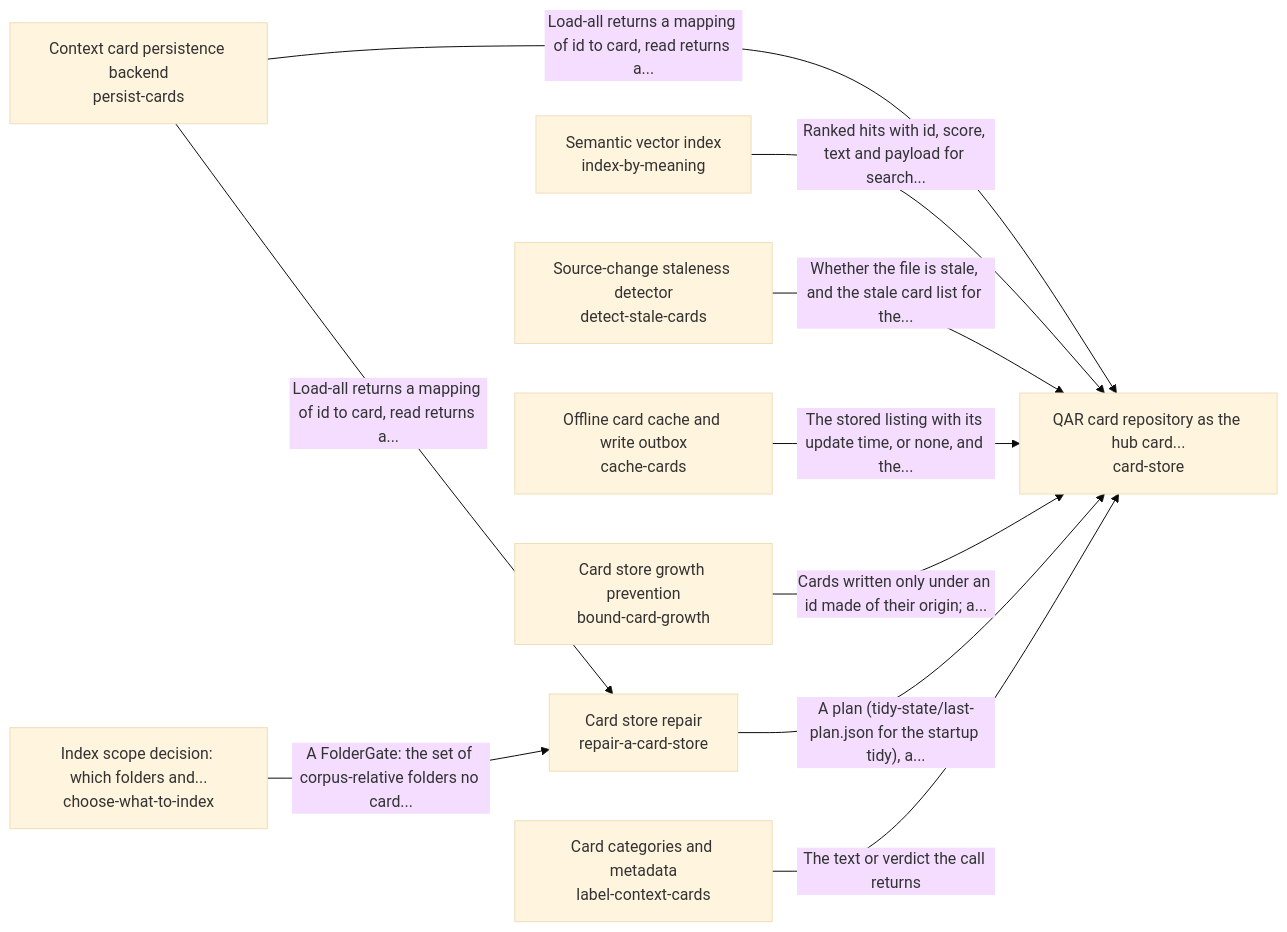
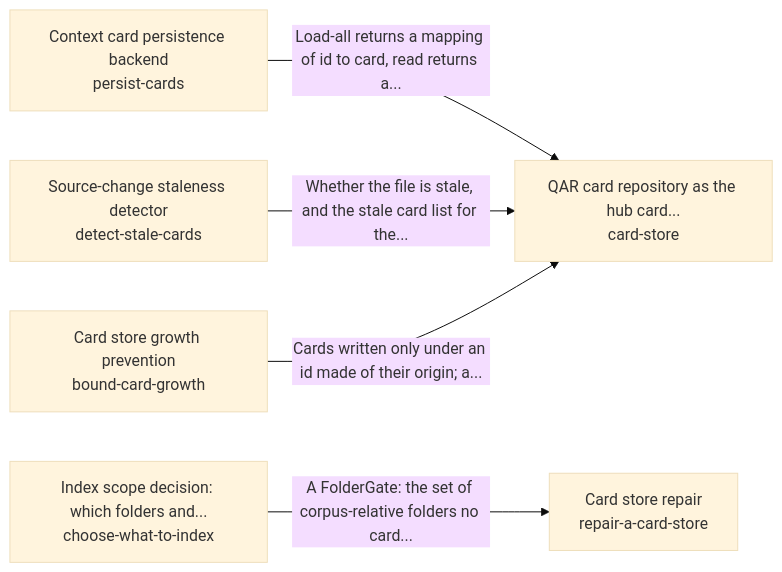
Before and after one commit to SpiritualData/quest-ai-runner: the diagram in quest_ai_runner/remember_and_recall/README.md, drawn with Mermaid (base theme). The commit also changed other lines of this file and 22 other files, not shown here.

````diff
--- a/quest_ai_runner/remember_and_recall/README.md
+++ b/quest_ai_runner/remember_and_recall/README.md
@@ -17,21 +17,13 @@
 ```mermaid
 flowchart LR
     s0["Context card persistence backend<br/>persist-cards"]
-    s1["Semantic vector index<br/>index-by-meaning"]
-    s2["Source-change staleness detector<br/>detect-stale-cards"]
-    s3["Offline card cache and write outbox<br/>cache-cards"]
-    s4["Card store growth prevention<br/>bound-card-growth"]
-    s5["Card store repair<br/>repair-a-card-store"]
-    s6["Index scope decision: which folders and...<br/>choose-what-to-index"]
-    s7["Card categories and metadata<br/>label-context-cards"]
-    s8["QAR card repository as the hub card...<br/>card-store"]
+    s1["Source-change staleness detector<br/>detect-stale-cards"]
+    s2["Card store growth prevention<br/>bound-card-growth"]
+    s3["Card store repair<br/>repair-a-card-store"]
+    s4["Index scope decision: which folders and...<br/>choose-what-to-index"]
+    s5["QAR card repository as the hub card...<br/>card-store"]
     s0 -->|"Load-all returns a mapping of id to card, read returns a..."| s5
-    s0 -->|"Load-all returns a mapping of id to card, read returns a..."| s8
-    s1 -->|"Ranked hits with id, score, text and payload for search..."| s8
-    s2 -->|"Whether the file is stale, and the stale card list for the..."| s8
-    s3 -->|"The stored listing with its update time, or none, and the..."| s8
-    s4 -->|"Cards written only under an id made of their origin; a..."| s8
-    s5 -->|"A plan (tidy-state/last-plan.json for the startup tidy), a..."| s8
-    s6 -->|"A FolderGate: the set of corpus-relative folders no card..."| s5
-    s7 -->|"The text or verdict the call returns"| s8
+    s1 -->|"Whether the file is stale, and the stale card list for the..."| s5
+    s2 -->|"Cards written only under an id made of their origin; a..."| s5
+    s4 -->|"A FolderGate: the set of corpus-relative folders no card..."| s3
 ```
````
